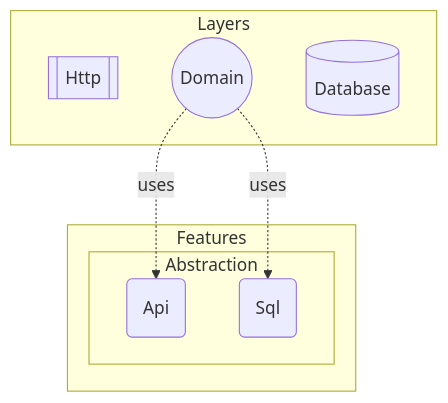
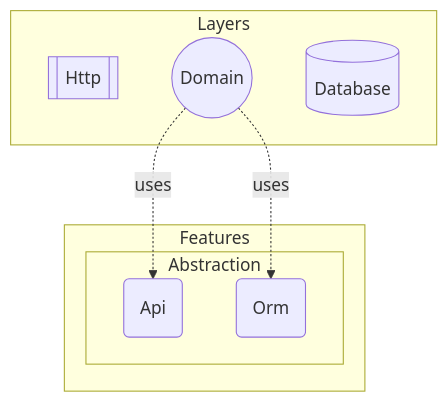
One commit to mouseless/baked changed the third of 4 diagrams in docs/architecture/README.md. Above: the diagram before and after it, drawn with Mermaid. The commit also changed other lines of this file and 12 other files, not shown here.

````diff
--- a/docs/architecture/README.md
+++ b/docs/architecture/README.md
@@ -94,18 +94,18 @@
 ```mermaid
 flowchart
   subgraph Layers
     H[[Http]]
     D((Domain))
     DB[(Database)]
   end
 
   subgraph Features
     subgraph Abstraction
       A(Api)
-      S(Sql)
+      O(Orm)
     end
   end
 
   D -.uses.-> A
-  D -.uses.-> S
+  D -.uses.-> O
 ```
````
